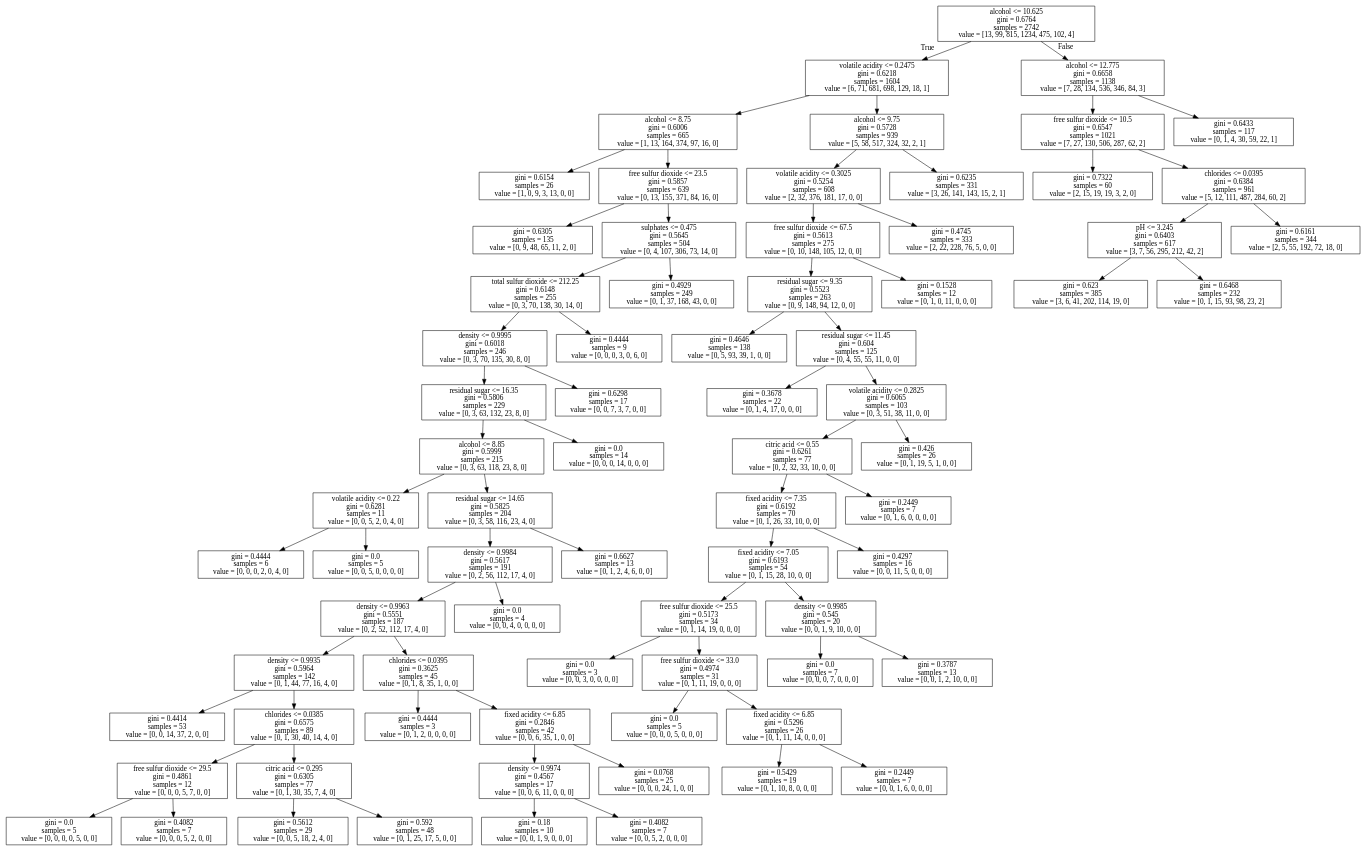
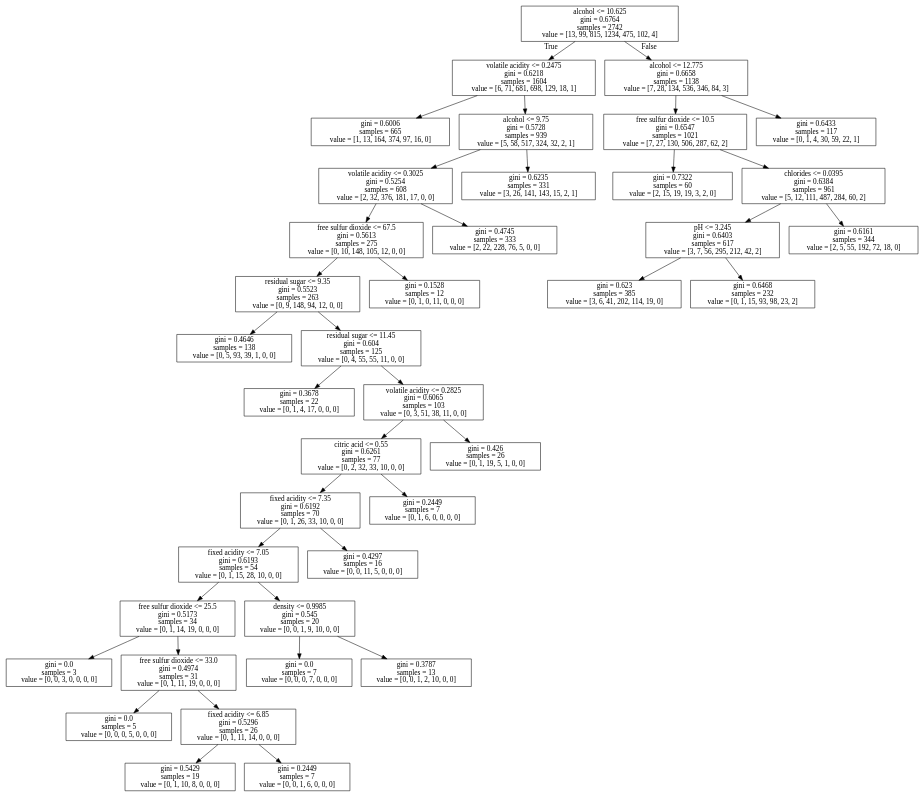
The diagram in Wine/Wine2pruned.dot (mlefkovitz/Supervised-Learning), drawn with Graphviz before and after one commit. The commit also changed 6 other files, not shown here.

```diff
--- a/Wine/Wine2pruned.dot
+++ b/Wine/Wine2pruned.dot
@@ -1,152 +1,80 @@
 digraph Tree {
 node [shape=box] ;
 0 [label="alcohol <= 10.625\ngini = 0.6764\nsamples = 2742\nvalue = [13, 99, 815, 1234, 475, 102, 4]"] ;
 1 [label="volatile acidity <= 0.2475\ngini = 0.6218\nsamples = 1604\nvalue = [6, 71, 681, 698, 129, 18, 1]"] ;
 0 -> 1 [labeldistance=2.5, labelangle=45, headlabel="True"] ;
-2 [label="alcohol <= 8.75\ngini = 0.6006\nsamples = 665\nvalue = [1, 13, 164, 374, 97, 16, 0]"] ;
+2 [label="gini = 0.6006\nsamples = 665\nvalue = [1, 13, 164, 374, 97, 16, 0]"] ;
 1 -> 2 ;
-3 [label="gini = 0.6154\nsamples = 26\nvalue = [1, 0, 9, 3, 13, 0, 0]"] ;
-2 -> 3 ;
-16 [label="free sulfur dioxide <= 23.5\ngini = 0.5857\nsamples = 639\nvalue = [0, 13, 155, 371, 84, 16, 0]"] ;
-2 -> 16 ;
-17 [label="gini = 0.6305\nsamples = 135\nvalue = [0, 9, 48, 65, 11, 2, 0]"] ;
-16 -> 17 ;
-100 [label="sulphates <= 0.475\ngini = 0.5645\nsamples = 504\nvalue = [0, 4, 107, 306, 73, 14, 0]"] ;
-16 -> 100 ;
-101 [label="total sulfur dioxide <= 212.25\ngini = 0.6148\nsamples = 255\nvalue = [0, 3, 70, 138, 30, 14, 0]"] ;
-100 -> 101 ;
-102 [label="density <= 0.9995\ngini = 0.6018\nsamples = 246\nvalue = [0, 3, 70, 135, 30, 8, 0]"] ;
-101 -> 102 ;
-103 [label="residual sugar <= 16.35\ngini = 0.5806\nsamples = 229\nvalue = [0, 3, 63, 132, 23, 8, 0]"] ;
-102 -> 103 ;
-104 [label="alcohol <= 8.85\ngini = 0.5999\nsamples = 215\nvalue = [0, 3, 63, 118, 23, 8, 0]"] ;
-103 -> 104 ;
-105 [label="volatile acidity <= 0.22\ngini = 0.6281\nsamples = 11\nvalue = [0, 0, 5, 2, 0, 4, 0]"] ;
-104 -> 105 ;
-106 [label="gini = 0.4444\nsamples = 6\nvalue = [0, 0, 0, 2, 0, 4, 0]"] ;
-105 -> 106 ;
-109 [label="gini = 0.0\nsamples = 5\nvalue = [0, 0, 5, 0, 0, 0, 0]"] ;
-105 -> 109 ;
-110 [label="residual sugar <= 14.65\ngini = 0.5825\nsamples = 204\nvalue = [0, 3, 58, 116, 23, 4, 0]"] ;
-104 -> 110 ;
-111 [label="density <= 0.9984\ngini = 0.5617\nsamples = 191\nvalue = [0, 2, 56, 112, 17, 4, 0]"] ;
-110 -> 111 ;
-112 [label="density <= 0.9963\ngini = 0.5551\nsamples = 187\nvalue = [0, 2, 52, 112, 17, 4, 0]"] ;
-111 -> 112 ;
-113 [label="density <= 0.9935\ngini = 0.5964\nsamples = 142\nvalue = [0, 1, 44, 77, 16, 4, 0]"] ;
-112 -> 113 ;
-114 [label="gini = 0.4414\nsamples = 53\nvalue = [0, 0, 14, 37, 2, 0, 0]"] ;
-113 -> 114 ;
-149 [label="chlorides <= 0.0385\ngini = 0.6575\nsamples = 89\nvalue = [0, 1, 30, 40, 14, 4, 0]"] ;
-113 -> 149 ;
-150 [label="free sulfur dioxide <= 29.5\ngini = 0.4861\nsamples = 12\nvalue = [0, 0, 0, 5, 7, 0, 0]"] ;
-149 -> 150 ;
-151 [label="gini = 0.0\nsamples = 5\nvalue = [0, 0, 0, 0, 5, 0, 0]"] ;
-150 -> 151 ;
-152 [label="gini = 0.4082\nsamples = 7\nvalue = [0, 0, 0, 5, 2, 0, 0]"] ;
-150 -> 152 ;
-157 [label="citric acid <= 0.295\ngini = 0.6305\nsamples = 77\nvalue = [0, 1, 30, 35, 7, 4, 0]"] ;
-149 -> 157 ;
-158 [label="gini = 0.5612\nsamples = 29\nvalue = [0, 0, 5, 18, 2, 4, 0]"] ;
-157 -> 158 ;
-179 [label="gini = 0.592\nsamples = 48\nvalue = [0, 1, 25, 17, 5, 0, 0]"] ;
-157 -> 179 ;
-208 [label="chlorides <= 0.0395\ngini = 0.3625\nsamples = 45\nvalue = [0, 1, 8, 35, 1, 0, 0]"] ;
-112 -> 208 ;
-209 [label="gini = 0.4444\nsamples = 3\nvalue = [0, 1, 2, 0, 0, 0, 0]"] ;
-208 -> 209 ;
-212 [label="fixed acidity <= 6.85\ngini = 0.2846\nsamples = 42\nvalue = [0, 0, 6, 35, 1, 0, 0]"] ;
-208 -> 212 ;
-213 [label="density <= 0.9974\ngini = 0.4567\nsamples = 17\nvalue = [0, 0, 6, 11, 0, 0, 0]"] ;
-212 -> 213 ;
-214 [label="gini = 0.18\nsamples = 10\nvalue = [0, 0, 1, 9, 0, 0, 0]"] ;
-213 -> 214 ;
-219 [label="gini = 0.4082\nsamples = 7\nvalue = [0, 0, 5, 2, 0, 0, 0]"] ;
-213 -> 219 ;
-222 [label="gini = 0.0768\nsamples = 25\nvalue = [0, 0, 0, 24, 1, 0, 0]"] ;
-212 -> 222 ;
-225 [label="gini = 0.0\nsamples = 4\nvalue = [0, 0, 4, 0, 0, 0, 0]"] ;
-111 -> 225 ;
-226 [label="gini = 0.6627\nsamples = 13\nvalue = [0, 1, 2, 4, 6, 0, 0]"] ;
-110 -> 226 ;
-235 [label="gini = 0.0\nsamples = 14\nvalue = [0, 0, 0, 14, 0, 0, 0]"] ;
-103 -> 235 ;
-236 [label="gini = 0.6298\nsamples = 17\nvalue = [0, 0, 7, 3, 7, 0, 0]"] ;
-102 -> 236 ;
-243 [label="gini = 0.4444\nsamples = 9\nvalue = [0, 0, 0, 3, 0, 6, 0]"] ;
-101 -> 243 ;
-246 [label="gini = 0.4929\nsamples = 249\nvalue = [0, 1, 37, 168, 43, 0, 0]"] ;
-100 -> 246 ;
-359 [label="alcohol <= 9.75\ngini = 0.5728\nsamples = 939\nvalue = [5, 58, 517, 324, 32, 2, 1]"] ;
-1 -> 359 ;
-360 [label="volatile acidity <= 0.3025\ngini = 0.5254\nsamples = 608\nvalue = [2, 32, 376, 181, 17, 0, 0]"] ;
-359 -> 360 ;
-361 [label="free sulfur dioxide <= 67.5\ngini = 0.5613\nsamples = 275\nvalue = [0, 10, 148, 105, 12, 0, 0]"] ;
-360 -> 361 ;
-362 [label="residual sugar <= 9.35\ngini = 0.5523\nsamples = 263\nvalue = [0, 9, 148, 94, 12, 0, 0]"] ;
+361 [label="alcohol <= 9.75\ngini = 0.5728\nsamples = 939\nvalue = [5, 58, 517, 324, 32, 2, 1]"] ;
+1 -> 361 ;
+362 [label="volatile acidity <= 0.3025\ngini = 0.5254\nsamples = 608\nvalue = [2, 32, 376, 181, 17, 0, 0]"] ;
 361 -> 362 ;
-363 [label="gini = 0.4646\nsamples = 138\nvalue = [0, 5, 93, 39, 1, 0, 0]"] ;
+363 [label="free sulfur dioxide <= 67.5\ngini = 0.5613\nsamples = 275\nvalue = [0, 10, 148, 105, 12, 0, 0]"] ;
 362 -> 363 ;
-418 [label="residual sugar <= 11.45\ngini = 0.604\nsamples = 125\nvalue = [0, 4, 55, 55, 11, 0, 0]"] ;
-362 -> 418 ;
-419 [label="gini = 0.3678\nsamples = 22\nvalue = [0, 1, 4, 17, 0, 0, 0]"] ;
-418 -> 419 ;
-430 [label="volatile acidity <= 0.2825\ngini = 0.6065\nsamples = 103\nvalue = [0, 3, 51, 38, 11, 0, 0]"] ;
-418 -> 430 ;
-431 [label="citric acid <= 0.55\ngini = 0.6261\nsamples = 77\nvalue = [0, 2, 32, 33, 10, 0, 0]"] ;
-430 -> 431 ;
-432 [label="fixed acidity <= 7.35\ngini = 0.6192\nsamples = 70\nvalue = [0, 1, 26, 33, 10, 0, 0]"] ;
-431 -> 432 ;
-433 [label="fixed acidity <= 7.05\ngini = 0.6193\nsamples = 54\nvalue = [0, 1, 15, 28, 10, 0, 0]"] ;
+364 [label="residual sugar <= 9.35\ngini = 0.5523\nsamples = 263\nvalue = [0, 9, 148, 94, 12, 0, 0]"] ;
+363 -> 364 ;
+365 [label="gini = 0.4646\nsamples = 138\nvalue = [0, 5, 93, 39, 1, 0, 0]"] ;
+364 -> 365 ;
+420 [label="residual sugar <= 11.45\ngini = 0.604\nsamples = 125\nvalue = [0, 4, 55, 55, 11, 0, 0]"] ;
+364 -> 420 ;
+421 [label="gini = 0.3678\nsamples = 22\nvalue = [0, 1, 4, 17, 0, 0, 0]"] ;
+420 -> 421 ;
+432 [label="volatile acidity <= 0.2825\ngini = 0.6065\nsamples = 103\nvalue = [0, 3, 51, 38, 11, 0, 0]"] ;
+420 -> 432 ;
+433 [label="citric acid <= 0.55\ngini = 0.6261\nsamples = 77\nvalue = [0, 2, 32, 33, 10, 0, 0]"] ;
 432 -> 433 ;
-434 [label="free sulfur dioxide <= 25.5\ngini = 0.5173\nsamples = 34\nvalue = [0, 1, 14, 19, 0, 0, 0]"] ;
+434 [label="fixed acidity <= 7.35\ngini = 0.6192\nsamples = 70\nvalue = [0, 1, 26, 33, 10, 0, 0]"] ;
 433 -> 434 ;
-435 [label="gini = 0.0\nsamples = 3\nvalue = [0, 0, 3, 0, 0, 0, 0]"] ;
+435 [label="fixed acidity <= 7.05\ngini = 0.6193\nsamples = 54\nvalue = [0, 1, 15, 28, 10, 0, 0]"] ;
 434 -> 435 ;
-436 [label="free sulfur dioxide <= 33.0\ngini = 0.4974\nsamples = 31\nvalue = [0, 1, 11, 19, 0, 0, 0]"] ;
-434 -> 436 ;
-437 [label="gini = 0.0\nsamples = 5\nvalue = [0, 0, 0, 5, 0, 0, 0]"] ;
+436 [label="free sulfur dioxide <= 25.5\ngini = 0.5173\nsamples = 34\nvalue = [0, 1, 14, 19, 0, 0, 0]"] ;
+435 -> 436 ;
+437 [label="gini = 0.0\nsamples = 3\nvalue = [0, 0, 3, 0, 0, 0, 0]"] ;
 436 -> 437 ;
-438 [label="fixed acidity <= 6.85\ngini = 0.5296\nsamples = 26\nvalue = [0, 1, 11, 14, 0, 0, 0]"] ;
+438 [label="free sulfur dioxide <= 33.0\ngini = 0.4974\nsamples = 31\nvalue = [0, 1, 11, 19, 0, 0, 0]"] ;
 436 -> 438 ;
-439 [label="gini = 0.5429\nsamples = 19\nvalue = [0, 1, 10, 8, 0, 0, 0]"] ;
+439 [label="gini = 0.0\nsamples = 5\nvalue = [0, 0, 0, 5, 0, 0, 0]"] ;
 438 -> 439 ;
-452 [label="gini = 0.2449\nsamples = 7\nvalue = [0, 0, 1, 6, 0, 0, 0]"] ;
-438 -> 452 ;
-455 [label="density <= 0.9985\ngini = 0.545\nsamples = 20\nvalue = [0, 0, 1, 9, 10, 0, 0]"] ;
-433 -> 455 ;
-456 [label="gini = 0.0\nsamples = 7\nvalue = [0, 0, 0, 7, 0, 0, 0]"] ;
-455 -> 456 ;
-457 [label="gini = 0.3787\nsamples = 13\nvalue = [0, 0, 1, 2, 10, 0, 0]"] ;
-455 -> 457 ;
-462 [label="gini = 0.4297\nsamples = 16\nvalue = [0, 0, 11, 5, 0, 0, 0]"] ;
-432 -> 462 ;
-467 [label="gini = 0.2449\nsamples = 7\nvalue = [0, 1, 6, 0, 0, 0, 0]"] ;
-431 -> 467 ;
-470 [label="gini = 0.426\nsamples = 26\nvalue = [0, 1, 19, 5, 1, 0, 0]"] ;
-430 -> 470 ;
-483 [label="gini = 0.1528\nsamples = 12\nvalue = [0, 1, 0, 11, 0, 0, 0]"] ;
-361 -> 483 ;
-486 [label="gini = 0.4745\nsamples = 333\nvalue = [2, 22, 228, 76, 5, 0, 0]"] ;
-360 -> 486 ;
+440 [label="fixed acidity <= 6.85\ngini = 0.5296\nsamples = 26\nvalue = [0, 1, 11, 14, 0, 0, 0]"] ;
+438 -> 440 ;
+441 [label="gini = 0.5429\nsamples = 19\nvalue = [0, 1, 10, 8, 0, 0, 0]"] ;
+440 -> 441 ;
+454 [label="gini = 0.2449\nsamples = 7\nvalue = [0, 0, 1, 6, 0, 0, 0]"] ;
+440 -> 454 ;
+457 [label="density <= 0.9985\ngini = 0.545\nsamples = 20\nvalue = [0, 0, 1, 9, 10, 0, 0]"] ;
+435 -> 457 ;
+458 [label="gini = 0.0\nsamples = 7\nvalue = [0, 0, 0, 7, 0, 0, 0]"] ;
+457 -> 458 ;
+459 [label="gini = 0.3787\nsamples = 13\nvalue = [0, 0, 1, 2, 10, 0, 0]"] ;
+457 -> 459 ;
+464 [label="gini = 0.4297\nsamples = 16\nvalue = [0, 0, 11, 5, 0, 0, 0]"] ;
+434 -> 464 ;
+469 [label="gini = 0.2449\nsamples = 7\nvalue = [0, 1, 6, 0, 0, 0, 0]"] ;
+433 -> 469 ;
+472 [label="gini = 0.426\nsamples = 26\nvalue = [0, 1, 19, 5, 1, 0, 0]"] ;
+432 -> 472 ;
+485 [label="gini = 0.1528\nsamples = 12\nvalue = [0, 1, 0, 11, 0, 0, 0]"] ;
+363 -> 485 ;
+488 [label="gini = 0.4745\nsamples = 333\nvalue = [2, 22, 228, 76, 5, 0, 0]"] ;
+362 -> 488 ;
 645 [label="gini = 0.6235\nsamples = 331\nvalue = [3, 26, 141, 143, 15, 2, 1]"] ;
-359 -> 645 ;
-852 [label="alcohol <= 12.775\ngini = 0.6658\nsamples = 1138\nvalue = [7, 28, 134, 536, 346, 84, 3]"] ;
-0 -> 852 [labeldistance=2.5, labelangle=-45, headlabel="False"] ;
-853 [label="free sulfur dioxide <= 10.5\ngini = 0.6547\nsamples = 1021\nvalue = [7, 27, 130, 506, 287, 62, 2]"] ;
-852 -> 853 ;
-854 [label="gini = 0.7322\nsamples = 60\nvalue = [2, 15, 19, 19, 3, 2, 0]"] ;
-853 -> 854 ;
-899 [label="chlorides <= 0.0395\ngini = 0.6384\nsamples = 961\nvalue = [5, 12, 111, 487, 284, 60, 2]"] ;
-853 -> 899 ;
-900 [label="pH <= 3.245\ngini = 0.6403\nsamples = 617\nvalue = [3, 7, 56, 295, 212, 42, 2]"] ;
-899 -> 900 ;
-901 [label="gini = 0.623\nsamples = 385\nvalue = [3, 6, 41, 202, 114, 19, 0]"] ;
-900 -> 901 ;
+361 -> 645 ;
+854 [label="alcohol <= 12.775\ngini = 0.6658\nsamples = 1138\nvalue = [7, 28, 134, 536, 346, 84, 3]"] ;
+0 -> 854 [labeldistance=2.5, labelangle=-45, headlabel="False"] ;
+855 [label="free sulfur dioxide <= 10.5\ngini = 0.6547\nsamples = 1021\nvalue = [7, 27, 130, 506, 287, 62, 2]"] ;
+854 -> 855 ;
+856 [label="gini = 0.7322\nsamples = 60\nvalue = [2, 15, 19, 19, 3, 2, 0]"] ;
+855 -> 856 ;
+901 [label="chlorides <= 0.0395\ngini = 0.6384\nsamples = 961\nvalue = [5, 12, 111, 487, 284, 60, 2]"] ;
+855 -> 901 ;
+902 [label="pH <= 3.245\ngini = 0.6403\nsamples = 617\nvalue = [3, 7, 56, 295, 212, 42, 2]"] ;
+901 -> 902 ;
+903 [label="gini = 0.623\nsamples = 385\nvalue = [3, 6, 41, 202, 114, 19, 0]"] ;
+902 -> 903 ;
 1134 [label="gini = 0.6468\nsamples = 232\nvalue = [0, 1, 15, 93, 98, 23, 2]"] ;
-900 -> 1134 ;
-1291 [label="gini = 0.6161\nsamples = 344\nvalue = [2, 5, 55, 192, 72, 18, 0]"] ;
-899 -> 1291 ;
-1496 [label="gini = 0.6433\nsamples = 117\nvalue = [0, 1, 4, 30, 59, 22, 1]"] ;
-852 -> 1496 ;
+902 -> 1134 ;
+1293 [label="gini = 0.6161\nsamples = 344\nvalue = [2, 5, 55, 192, 72, 18, 0]"] ;
+901 -> 1293 ;
+1498 [label="gini = 0.6433\nsamples = 117\nvalue = [0, 1, 4, 30, 59, 22, 1]"] ;
+854 -> 1498 ;
 }
```
